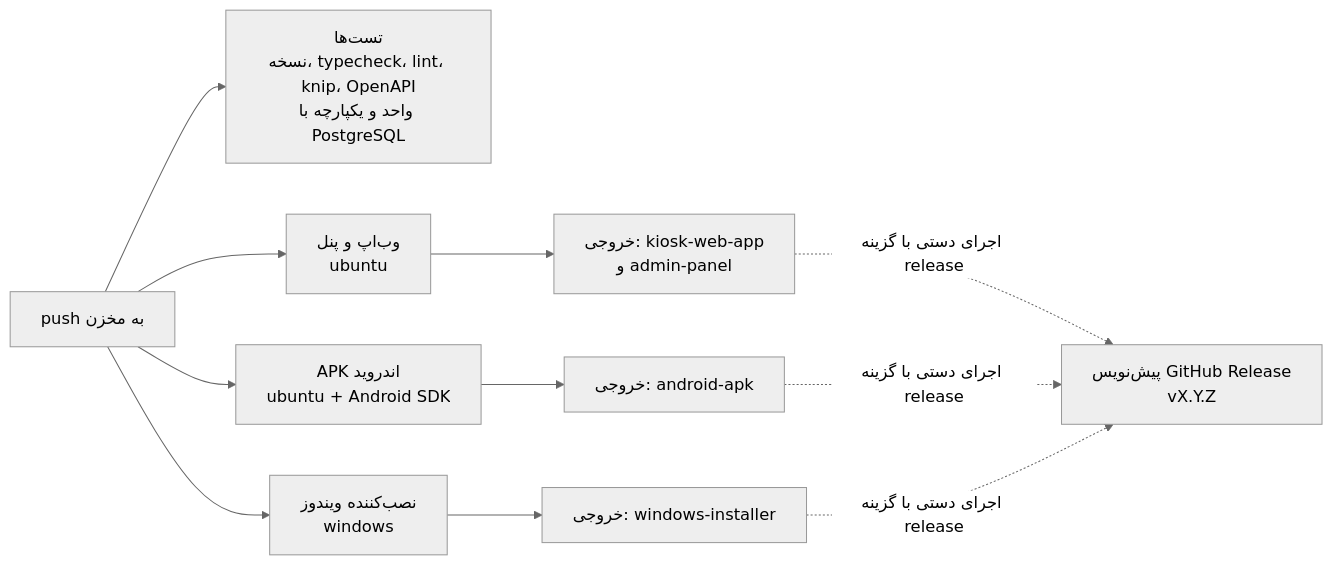
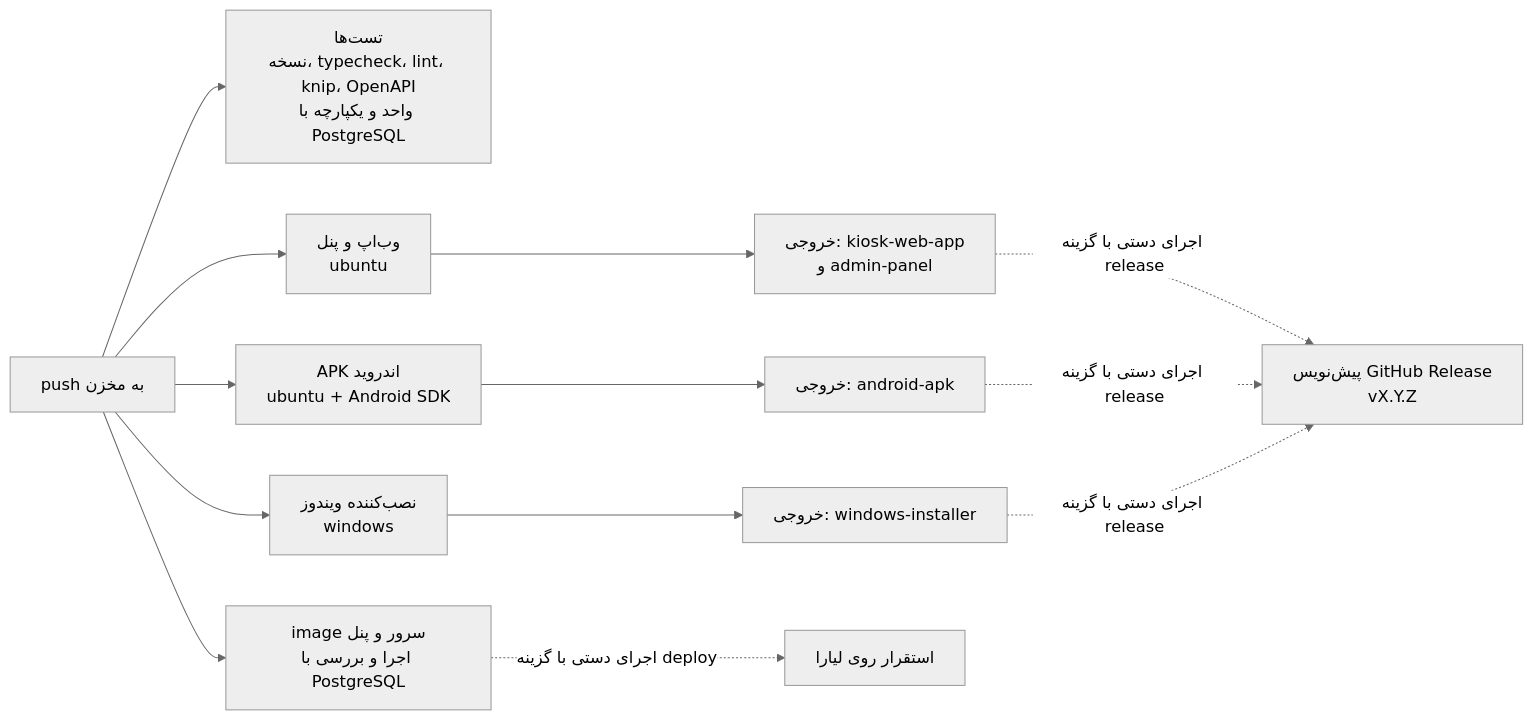
The tenth of 10 diagrams in README.md (daneshavaran123-lab/andishkadeh), drawn with Mermaid (neutral theme) before and after one commit. The commit also changed other lines of this file and 17 other files, not shown here.

````diff
--- a/README.md
+++ b/README.md
@@ -525,11 +534,13 @@
 ```mermaid
 flowchart LR
   PUSH["push به مخزن"] --> T["تست‌ها<br/>نسخه، typecheck، lint، knip، OpenAPI<br/>واحد و یکپارچه با PostgreSQL"]
   PUSH --> WEB["وب‌اپ و پنل<br/>ubuntu"]
   PUSH --> AND["APK اندروید<br/>ubuntu + Android SDK"]
   PUSH --> WIN["نصب‌کننده ویندوز<br/>windows"]
   WEB --> A1["خروجی: kiosk-web-app<br/>و admin-panel"]
   AND --> A2["خروجی: android-apk"]
   WIN --> A3["خروجی: windows-installer"]
+  PUSH --> IMG["image سرور و پنل<br/>اجرا و بررسی با PostgreSQL"]
   A1 & A2 & A3 -.->|"اجرای دستی با گزینه release"| REL["پیش‌نویس GitHub Release<br/>vX.Y.Z"]
+  IMG -.->|"اجرای دستی با گزینه deploy"| LIARA["استقرار روی لیارا"]
 ```
````
